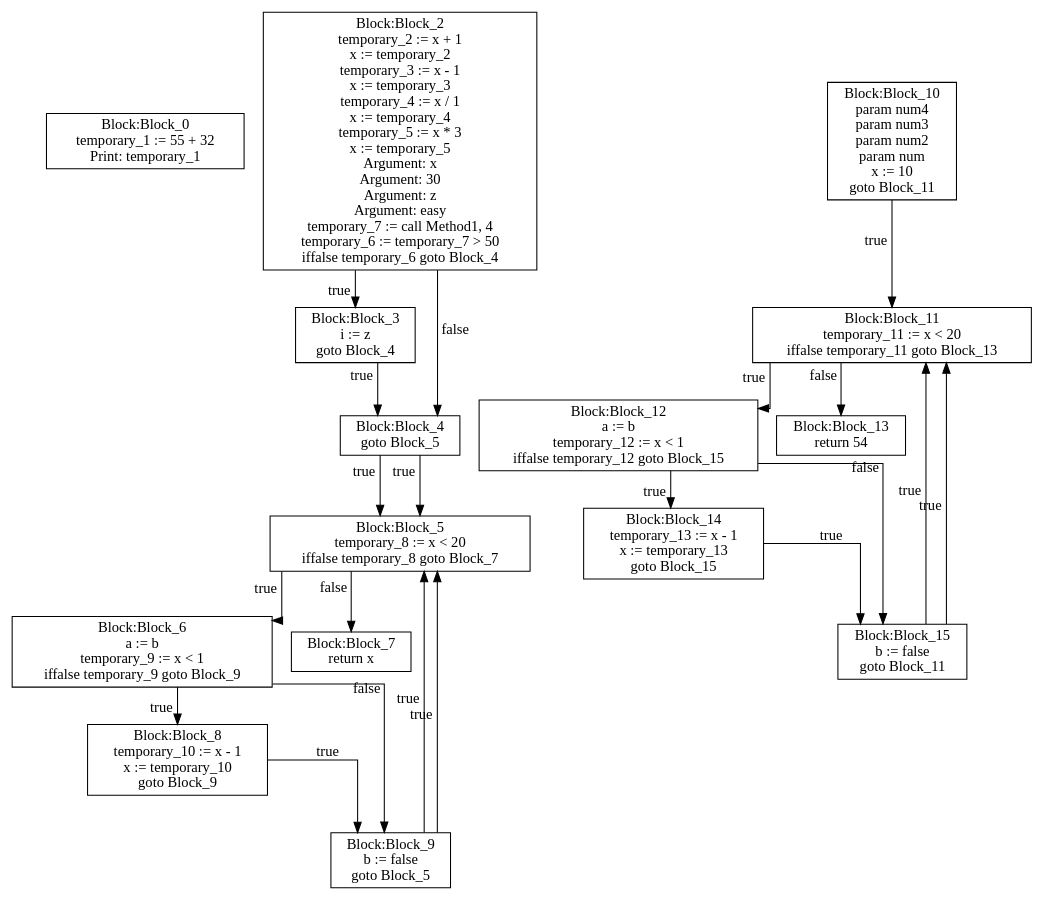
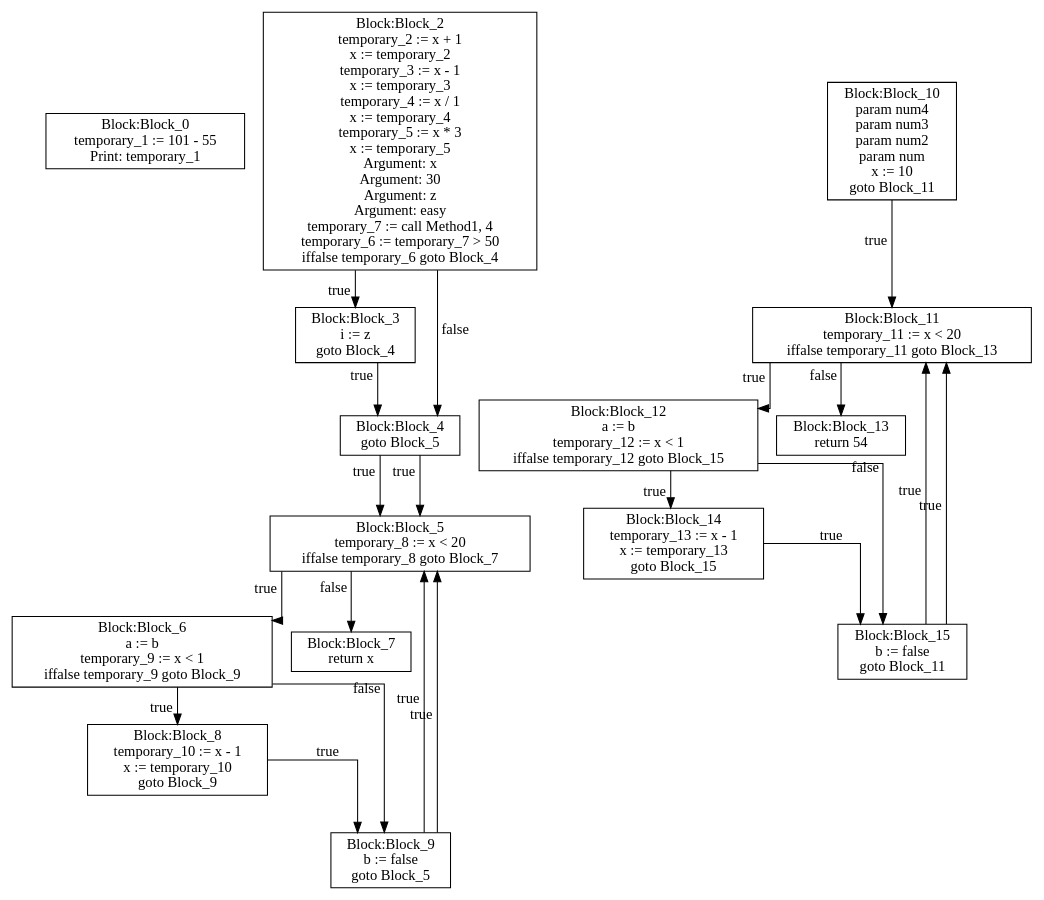
Before and after one commit to moondog-matthew/compiler-dv1655: the diagram in lab3/CFG-tree.dot, drawn with Graphviz. The commit also changed 4 other files, not shown here.

```diff
--- a/lab3/CFG-tree.dot
+++ b/lab3/CFG-tree.dot
@@ -1,95 +1,95 @@
 digraph {
 graph [ splines = ortho ]
 	node [ shape = box ];
 Block_0 [label="Block:Block_0
-temporary_1 := 55 + 32
+temporary_1 := 101 - 55
 Print: temporary_1"];
 Block_2 [label="Block:Block_2
 temporary_2 := x + 1
 x := temporary_2
 temporary_3 := x - 1
 x := temporary_3
 temporary_4 := x / 1
 x := temporary_4
 temporary_5 := x * 3
 x := temporary_5
 Argument: x
 Argument: 30
 Argument: z
 Argument: easy
 temporary_7 := call Method1, 4
 temporary_6 := temporary_7 > 50
 iffalse temporary_6 goto Block_4"];
 Block_2 -> Block_3 [xlabel = "true"]
 Block_3 [label="Block:Block_3
 i := z
 goto Block_4"];
 Block_3 -> Block_4 [xlabel = "true"]
 Block_4 [label="Block:Block_4
 goto Block_5"];
 Block_4 -> Block_5 [xlabel = "true"]
 Block_5 [label="Block:Block_5
 temporary_8 := x < 20
 iffalse temporary_8 goto Block_7"];
 Block_5 -> Block_6 [xlabel = "true"]
 Block_6 [label="Block:Block_6
 a := b
 temporary_9 := x < 1
 iffalse temporary_9 goto Block_9"];
 Block_6 -> Block_8 [xlabel = "true"]
 Block_8 [label="Block:Block_8
 temporary_10 := x - 1
 x := temporary_10
 goto Block_9"];
 Block_8 -> Block_9 [xlabel = "true"]
 Block_9 [label="Block:Block_9
 b := false
 goto Block_5"];
 Block_9 -> Block_5 [xlabel = "true"]
 Block_6 -> Block_9 [xlabel = "false"]
 Block_9 [label="Block:Block_9
 b := false
 goto Block_5"];
 Block_9 -> Block_5 [xlabel = "true"]
 Block_5 -> Block_7 [xlabel = "false"]
 Block_7 [label="Block:Block_7
 return x"];
 Block_2 -> Block_4 [xlabel = "false"]
 Block_4 [label="Block:Block_4
 goto Block_5"];
 Block_4 -> Block_5 [xlabel = "true"]
 Block_10 [label="Block:Block_10
 param num4
 param num3
 param num2
 param num
 x := 10
 goto Block_11"];
 Block_10 -> Block_11 [xlabel = "true"]
 Block_11 [label="Block:Block_11
 temporary_11 := x < 20
 iffalse temporary_11 goto Block_13"];
 Block_11 -> Block_12 [xlabel = "true"]
 Block_12 [label="Block:Block_12
 a := b
 temporary_12 := x < 1
 iffalse temporary_12 goto Block_15"];
 Block_12 -> Block_14 [xlabel = "true"]
 Block_14 [label="Block:Block_14
 temporary_13 := x - 1
 x := temporary_13
 goto Block_15"];
 Block_14 -> Block_15 [xlabel = "true"]
 Block_15 [label="Block:Block_15
 b := false
 goto Block_11"];
 Block_15 -> Block_11 [xlabel = "true"]
 Block_12 -> Block_15 [xlabel = "false"]
 Block_15 [label="Block:Block_15
 b := false
 goto Block_11"];
 Block_15 -> Block_11 [xlabel = "true"]
 Block_11 -> Block_13 [xlabel = "false"]
 Block_13 [label="Block:Block_13
 return 54"];
 }
```
